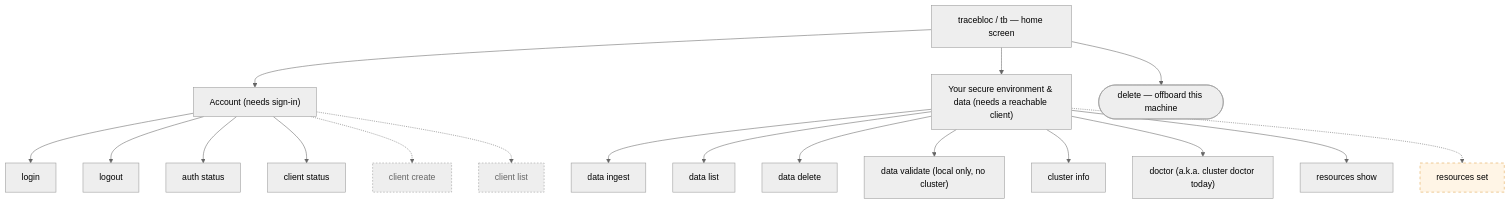
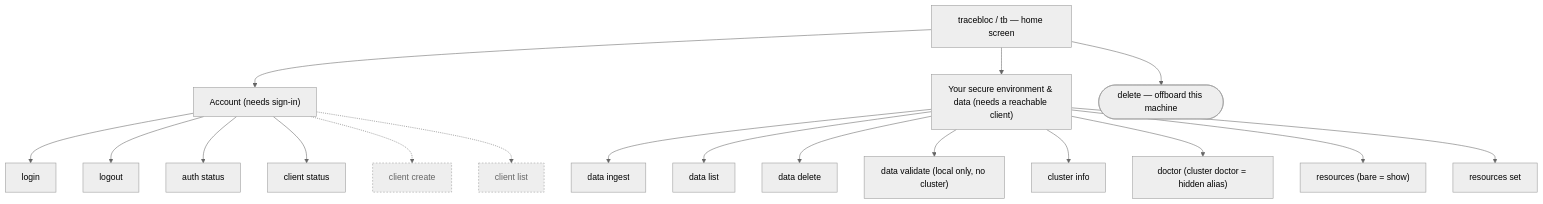
The first of 4 diagrams in docs/cli-navigation.md (tracebloc/cli), drawn with Mermaid (neutral theme) before and after one commit. The commit also changed other lines of this file and 3 other files, not shown here.

````diff
--- a/docs/cli-navigation.md
+++ b/docs/cli-navigation.md
@@ -15,27 +13,26 @@
 ```mermaid
 flowchart TD
   H0["tracebloc / tb — home screen"]
 
   H0 --> ACCT["Account (needs sign-in)"]
   H0 --> ENVC["Your secure environment &amp; data (needs a reachable client)"]
   H0 --> OFF(["delete — offboard this machine"])
 
   ACCT --> login["login"]
   ACCT --> logout["logout"]
   ACCT --> authst["auth status"]
   ACCT --> clis["client status"]
   ACCT -.-> clcreate["client create"]:::hidden
   ACCT -.-> cllist["client list"]:::hidden
 
   ENVC --> di["data ingest"]
   ENVC --> dl["data list"]
   ENVC --> dd["data delete"]
   ENVC --> dv["data validate (local only, no cluster)"]
   ENVC --> ci["cluster info"]
-  ENVC --> doc["doctor (a.k.a. cluster doctor today)"]
-  ENVC --> res["resources show"]
-  ENVC -.-> resset["resources set"]:::proposed
+  ENVC --> doc["doctor (cluster doctor = hidden alias)"]
+  ENVC --> res["resources (bare = show)"]
+  ENVC --> resset["resources set"]
 
   classDef hidden fill:#eee,stroke:#999,stroke-dasharray:3 3,color:#666;
-  classDef proposed fill:#fff5e6,stroke:#e0a24a,stroke-dasharray:5 5;
 ```
````
